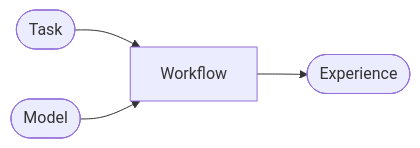
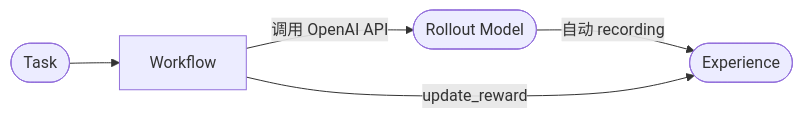
Before and after one commit to pan-x-c/Trinity-RFT: the first of 2 diagrams in docs/sphinx_doc/source_zh/tutorial/develop_workflow.md, drawn with Mermaid. The commit also changed other lines of this file and 14 other files, not shown here.

````diff
--- a/docs/sphinx_doc/source_zh/tutorial/develop_workflow.md
+++ b/docs/sphinx_doc/source_zh/tutorial/develop_workflow.md
@@ -13,5 +13,7 @@
 ```{mermaid}
 flowchart LR
-    A([Task]) & B([Model]) --> C[Workflow]
-    C --> D([Experience])
+    A([Task]) --> C[Workflow]
+    C -- "调用 OpenAI API" --> B([Rollout Model])
+    B -- "自动 recording" --> D([Experience])
+    C -- "update_reward" --> D
 ```
````
